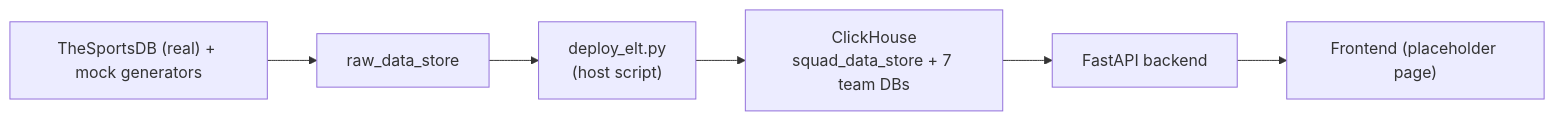
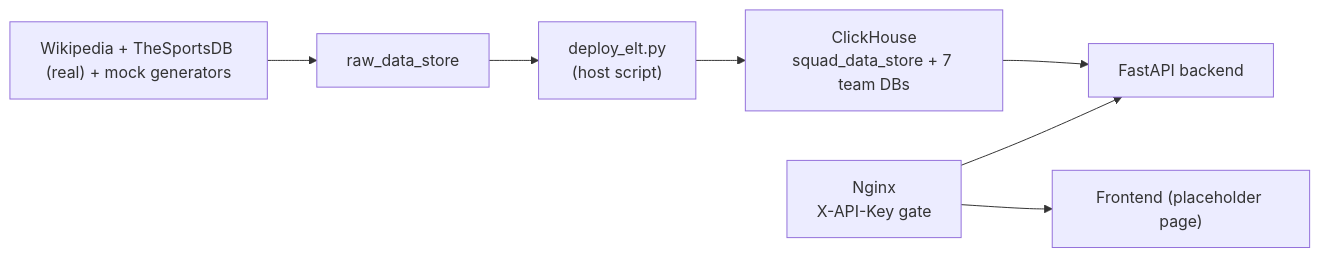
One commit to priyanshubiswas-tech/squad-console changed the diagram in README.md. Above: the diagram before and after it, drawn with Mermaid. The commit also changed other lines of this file and 16 other files, not shown here.

First line of the commit message:
Add Nginx reverse proxy with X-API-Key gate, enforced independently by backend

````diff
--- a/README.md
+++ b/README.md
@@ -37,8 +39,9 @@
 ```mermaid
 flowchart LR
-    ext["TheSportsDB (real) + mock generators"] --> raw["raw_data_store"]
+    ext["Wikipedia + TheSportsDB (real) + mock generators"] --> raw["raw_data_store"]
     raw --> ingest["deploy_elt.py\n(host script)"]
     ingest --> ch["ClickHouse\nsquad_data_store + 7 team DBs"]
     ch --> backend["FastAPI backend"]
-    backend --> frontend["Frontend (placeholder page)"]
+    nginx["Nginx\nX-API-Key gate"] --> backend
+    nginx --> frontend["Frontend (placeholder page)"]
 ```
````
